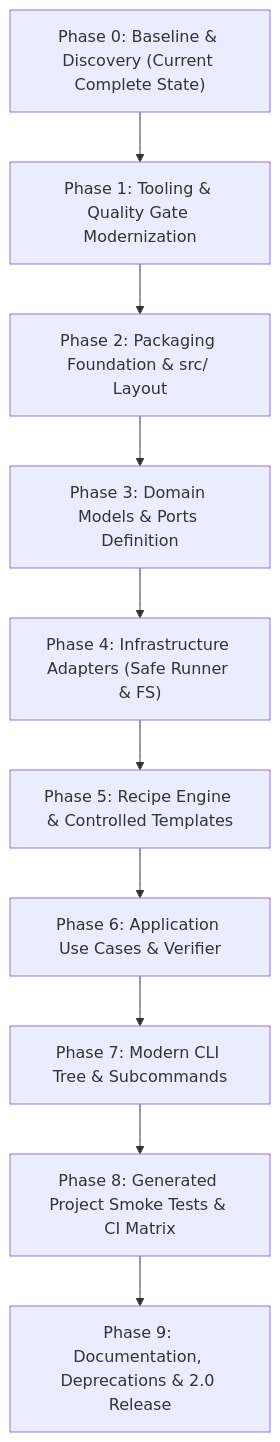
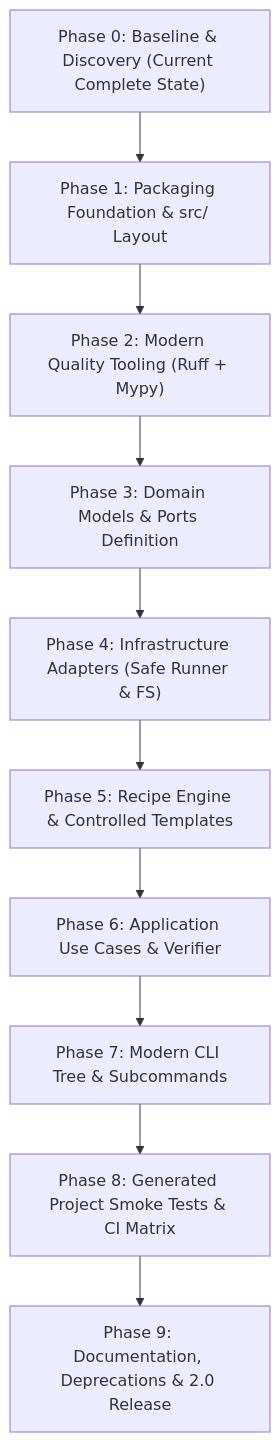
One commit to islam-kamel/django-start changed the third of 3 diagrams in docs/modernization/migration-roadmap.md. Above: the diagram before and after it, drawn with Mermaid. The commit also changed other lines of this file and 17 other files, not shown here.

````diff
--- a/docs/modernization/migration-roadmap.md
+++ b/docs/modernization/migration-roadmap.md
@@ -88,12 +96,12 @@
 ```mermaid
 flowchart TD
-    P0["Phase 0: Baseline & Discovery (Current Complete State)"] --> P1["Phase 1: Tooling & Quality Gate Modernization"]
-    P1 --> P2["Phase 2: Packaging Foundation & src/ Layout"]
+    P0["Phase 0: Baseline & Discovery (Current Complete State)"] --> P1["Phase 1: Packaging Foundation & src/ Layout"]
+    P1 --> P2["Phase 2: Modern Quality Tooling (Ruff + Mypy)"]
     P2 --> P3["Phase 3: Domain Models & Ports Definition"]
     P3 --> P4["Phase 4: Infrastructure Adapters (Safe Runner & FS)"]
     P4 --> P5["Phase 5: Recipe Engine & Controlled Templates"]
     P5 --> P6["Phase 6: Application Use Cases & Verifier"]
     P6 --> P7["Phase 7: Modern CLI Tree & Subcommands"]
     P7 --> P8["Phase 8: Generated Project Smoke Tests & CI Matrix"]
     P8 --> P9["Phase 9: Documentation, Deprecations & 2.0 Release"]
 ```
````
